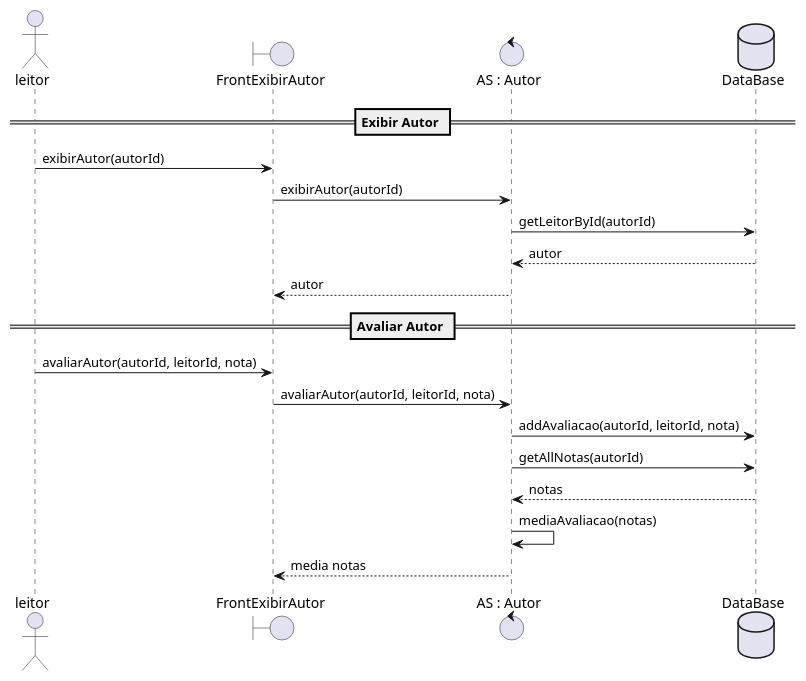
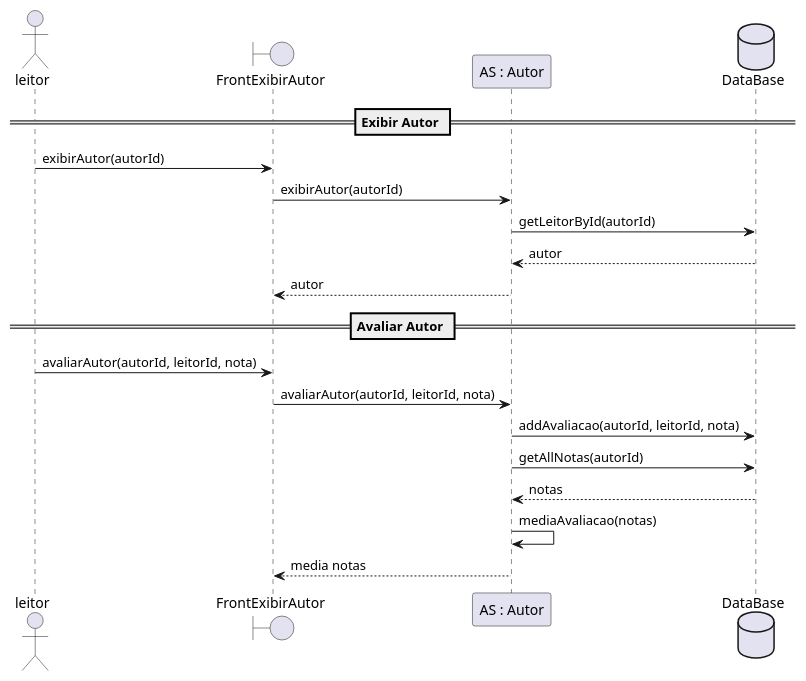
The diagram in docs/diagramas/sequenciaAvaliar.plantuml (ThiagoAndradeRamalho/BibliotecaPessoal), drawn with PlantUML before and after one commit. The commit also changed 2 other files, not shown here.

```diff
--- a/docs/diagramas/sequenciaAvaliar.plantuml
+++ b/docs/diagramas/sequenciaAvaliar.plantuml
@@ -1,22 +1,22 @@
 @startuml Biblioteca Pessoal Sequencia Avaliação
     actor leitor
     boundary FrontExibirAutor
-    control "AS : Autor" as Autor
+    participant "AS : Autor" as Autor
     database DataBase
 
     == Exibir Autor ==
     leitor -> FrontExibirAutor : exibirAutor(autorId)
     FrontExibirAutor -> Autor : exibirAutor(autorId)
     Autor -> DataBase : getLeitorById(autorId)
     DataBase --> Autor : autor
     Autor --> FrontExibirAutor : autor
 
     == Avaliar Autor ==
     leitor -> FrontExibirAutor : avaliarAutor(autorId, leitorId, nota)
     FrontExibirAutor -> Autor : avaliarAutor(autorId, leitorId, nota)
     Autor -> DataBase : addAvaliacao(autorId, leitorId, nota)
     Autor -> DataBase : getAllNotas(autorId)
     DataBase --> Autor : notas
     Autor -> Autor : mediaAvaliacao(notas)
     Autor --> FrontExibirAutor : media notas
 @enduml
```
